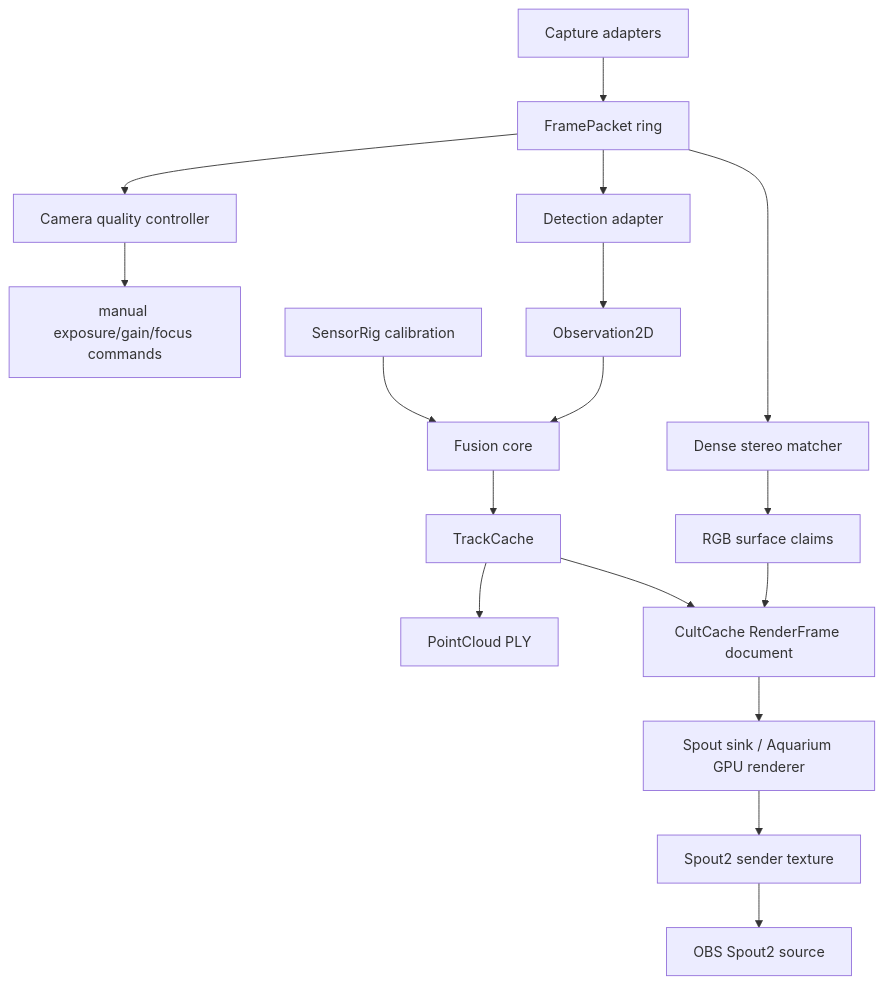
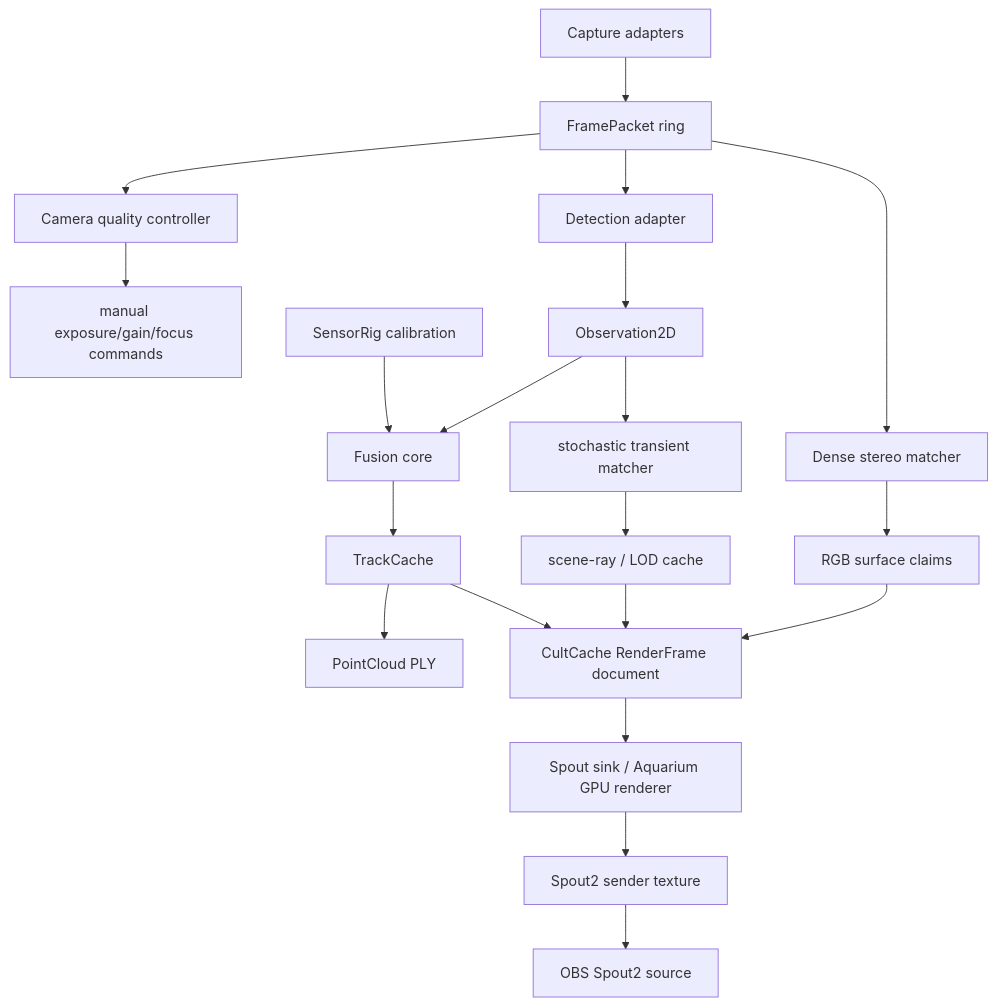
One commit to GameCult/Mimir changed the diagram in docs/sensor-fusion-architecture.md. Above: the diagram before and after it, drawn with Mermaid. The commit also changed other lines of this file and 6 other files, not shown here.

Commit message:
Add stochastic scene-ray LOD cache

````diff
--- a/docs/sensor-fusion-architecture.md
+++ b/docs/sensor-fusion-architecture.md
@@ -39,19 +39,22 @@
 ```mermaid
 flowchart TD
     A["Capture adapters"] --> B["FramePacket ring"]
     B --> C["Camera quality controller"]
     C --> D["manual exposure/gain/focus commands"]
     B --> E["Detection adapter"]
     E --> F["Observation2D"]
     B --> G["Dense stereo matcher"]
     H["SensorRig calibration"] --> I["Fusion core"]
     F --> I
     I --> J["TrackCache"]
+    F --> Q["stochastic transient matcher"]
+    Q --> R["scene-ray / LOD cache"]
     G --> K["RGB surface claims"]
     J --> L["PointCloud PLY"]
     J --> M["CultCache RenderFrame document"]
+    R --> M
     K --> M
     M --> N["Spout sink / Aquarium GPU renderer"]
     N --> O["Spout2 sender texture"]
     O --> P["OBS Spout2 source"]
 ```
````
